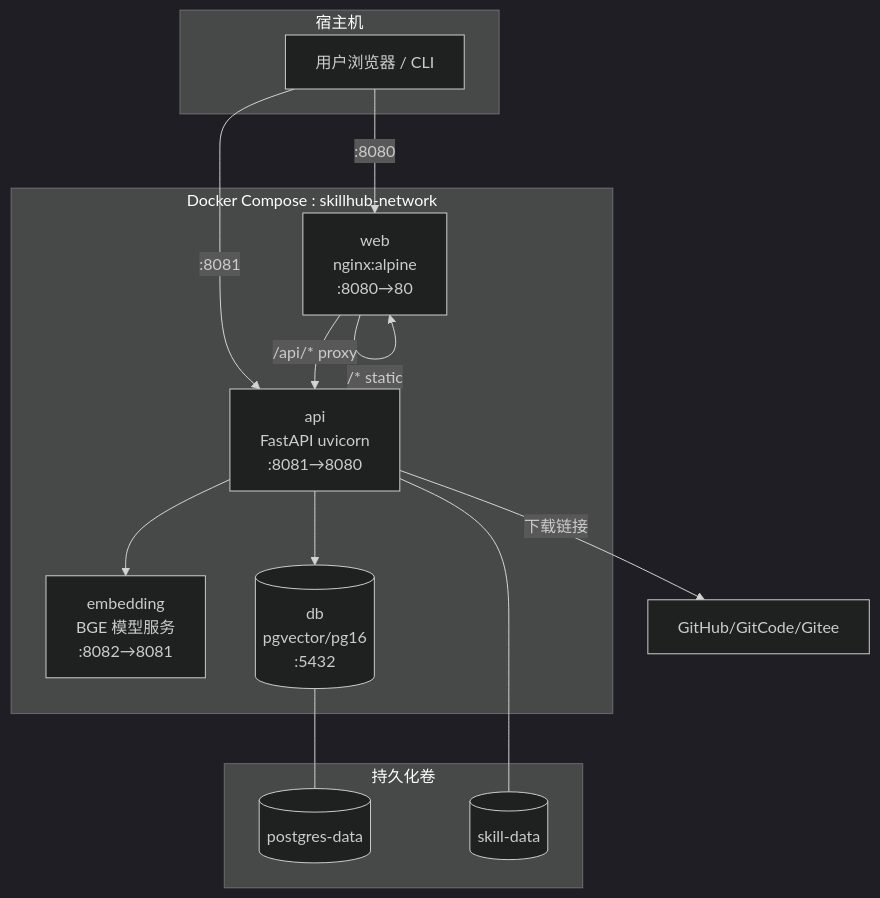
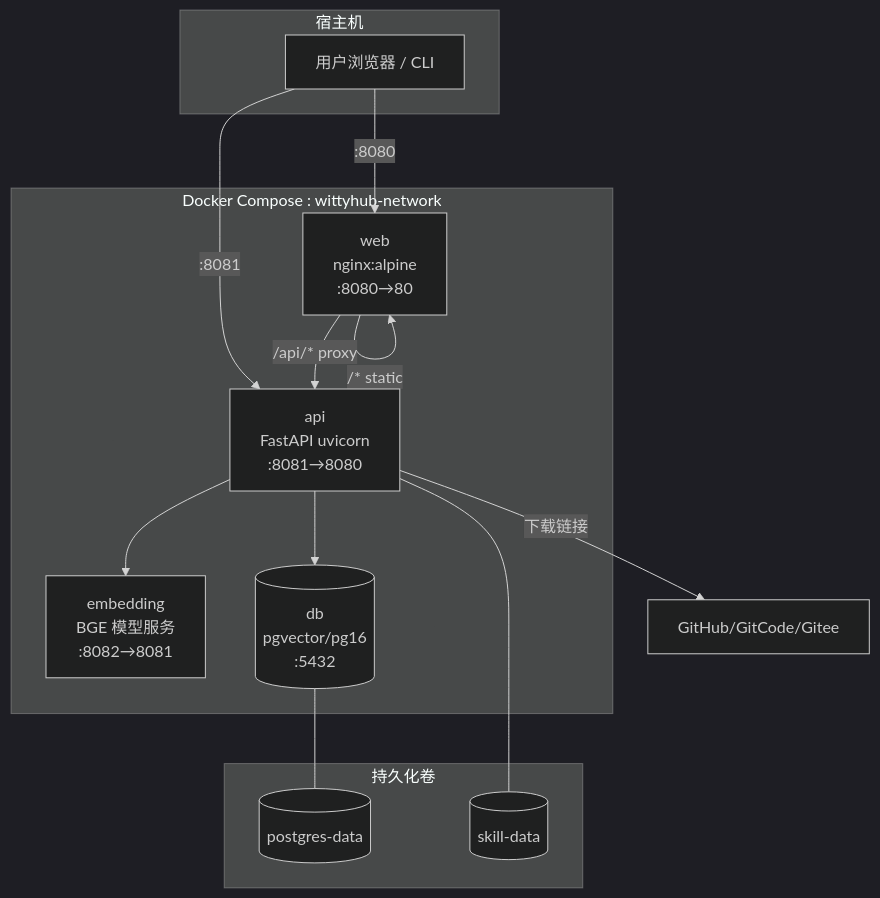
The fifth of 9 diagrams in doc/design/skillhub-implementation-plan.md (openeuler-mirror/wittyhub), drawn with Mermaid (dark theme) before and after one commit. The commit also changed other lines of this file, not shown here.

````diff
--- a/doc/design/skillhub-implementation-plan.md
+++ b/doc/design/skillhub-implementation-plan.md
@@ -440,29 +440,29 @@
 ```mermaid
 graph TB
     subgraph 宿主机
         U[用户浏览器 / CLI]
     end
 
-    subgraph Docker Compose : skillhub-network
+    subgraph Docker Compose : wittyhub-network
         NG[web<br/>nginx:alpine<br/>:8080→80]
         API[api<br/>FastAPI uvicorn<br/>:8081→8080]
         EMB[embedding<br/>BGE 模型服务<br/>:8082→8081]
         DB[(db<br/>pgvector/pg16<br/>:5432)]
     end
 
     U -->|:8080| NG
     U -->|:8081| API
     NG -->|/api/* proxy| API
     NG -->|/* static| NG
     API --> DB
     API --> EMB
     API -->|下载链接| EXT[GitHub/GitCode/Gitee]
 
     subgraph 持久化卷
         V1[(postgres-data)]
         V2[(skill-data)]
     end
 
     DB --- V1
     API --- V2
 ```
````
